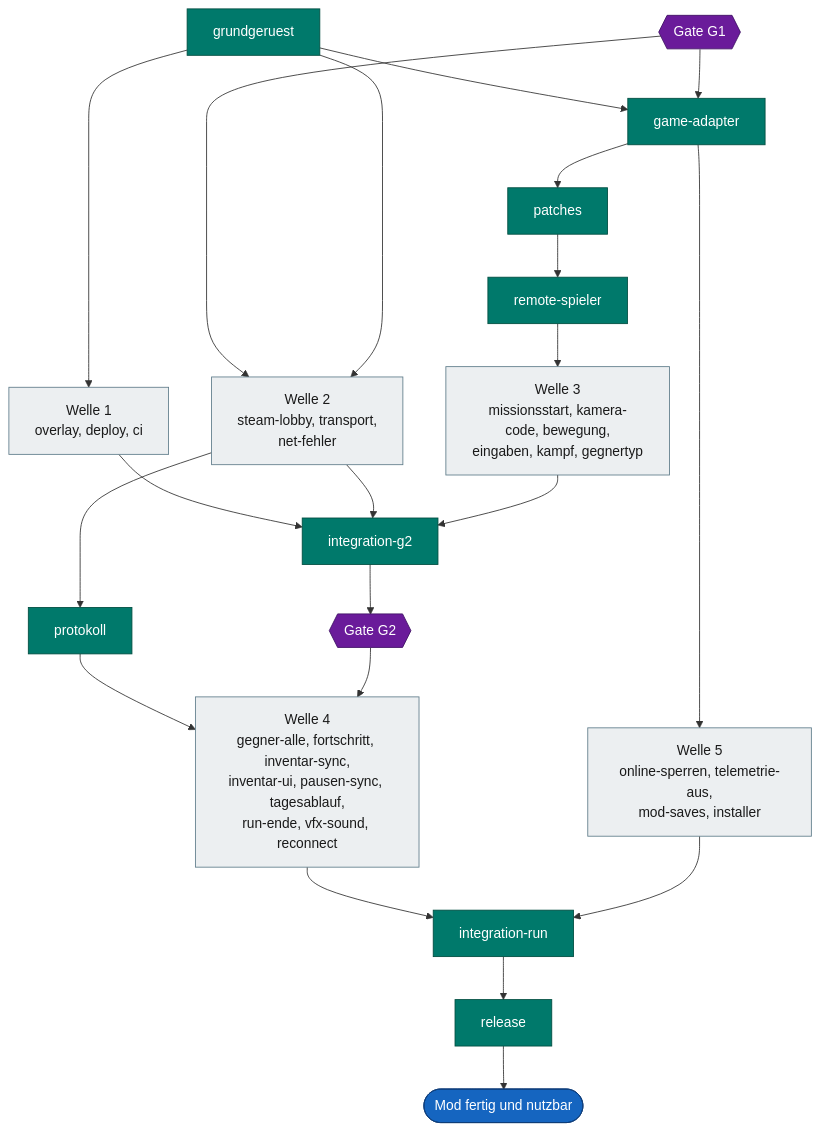
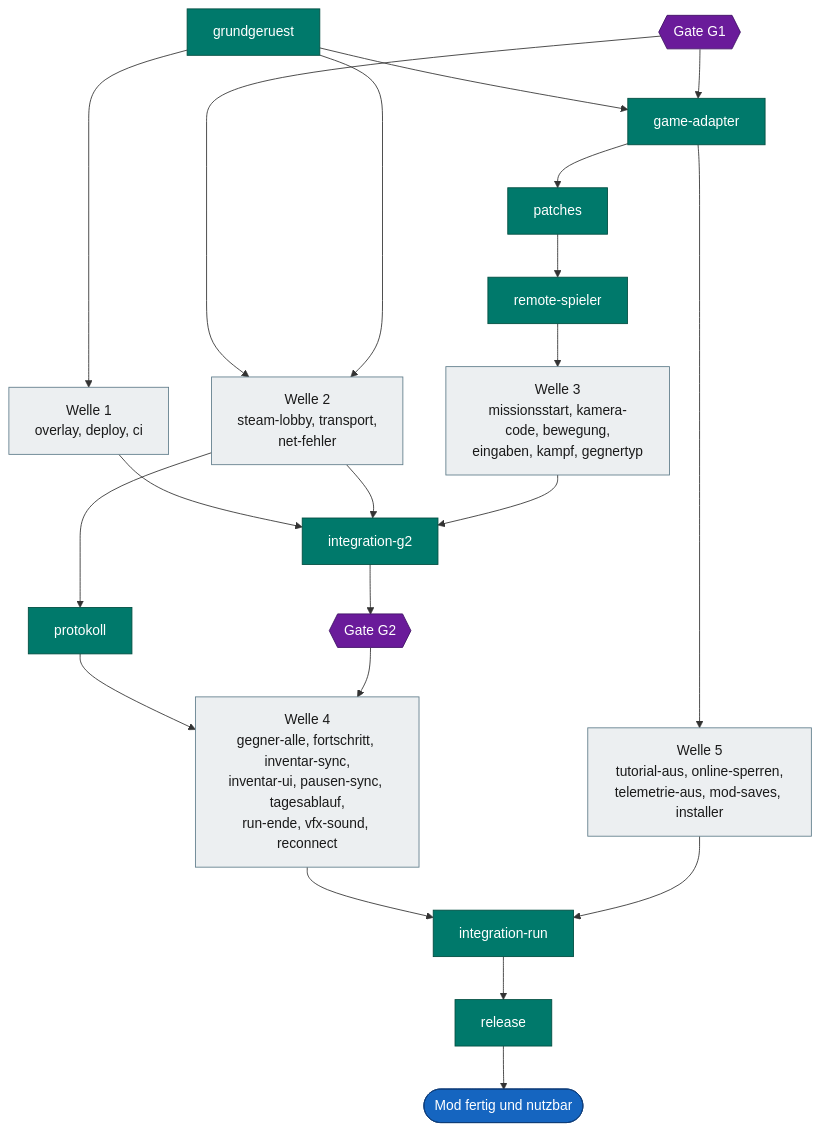
One commit to VitaminStack/Deadly-Days-Roadtrip-Multiplayer-Mod changed the fourth of 4 diagrams in docs/ROADMAP.md. Above: the diagram before and after it, drawn with Mermaid. The commit also changed other lines of this file and 9 other files, not shown here.

````diff
--- a/docs/ROADMAP.md
+++ b/docs/ROADMAP.md
@@ -212,27 +213,27 @@
 ```mermaid
 flowchart TD
     GR["grundgeruest"]:::central --> W1["Welle 1<br/>overlay, deploy, ci"]:::open
     GR --> GA["game-adapter"]:::central
     G1{{"Gate G1"}}:::gate --> W2["Welle 2<br/>steam-lobby, transport,<br/>net-fehler"]:::open
     GR --> W2
     G1 --> GA
     GA --> PT["patches"]:::central --> RS["remote-spieler"]:::central
-    GA --> W5["Welle 5<br/>online-sperren, telemetrie-aus,<br/>mod-saves, installer"]:::open
+    GA --> W5["Welle 5<br/>tutorial-aus, online-sperren,<br/>telemetrie-aus, mod-saves, installer"]:::open
     RS --> W3["Welle 3<br/>missionsstart, kamera-code, bewegung,<br/>eingaben, kampf, gegnertyp"]:::open
     W1 --> IG["integration-g2"]:::central
     W2 --> PR["protokoll"]:::central
     W2 --> IG
     W3 --> IG
     IG --> G2{{"Gate G2"}}:::gate
     PR --> W4["Welle 4<br/>gegner-alle, fortschritt, inventar-sync,<br/>inventar-ui, pausen-sync, tagesablauf,<br/>run-ende, vfx-sound, reconnect"]:::open
     G2 --> W4
     W4 --> IR["integration-run"]:::central
     W5 --> IR
     IR --> RL["release"]:::central
     RL --> Z(["Mod fertig und nutzbar"]):::goal
 
     classDef central fill:#00796b,stroke:#004d40,color:#ffffff
     classDef open fill:#eceff1,stroke:#607d8b,color:#1a1a1a
     classDef gate fill:#6a1b9a,stroke:#3e1163,color:#ffffff
     classDef goal fill:#1565c0,stroke:#0d3c78,color:#ffffff
 ```
````
